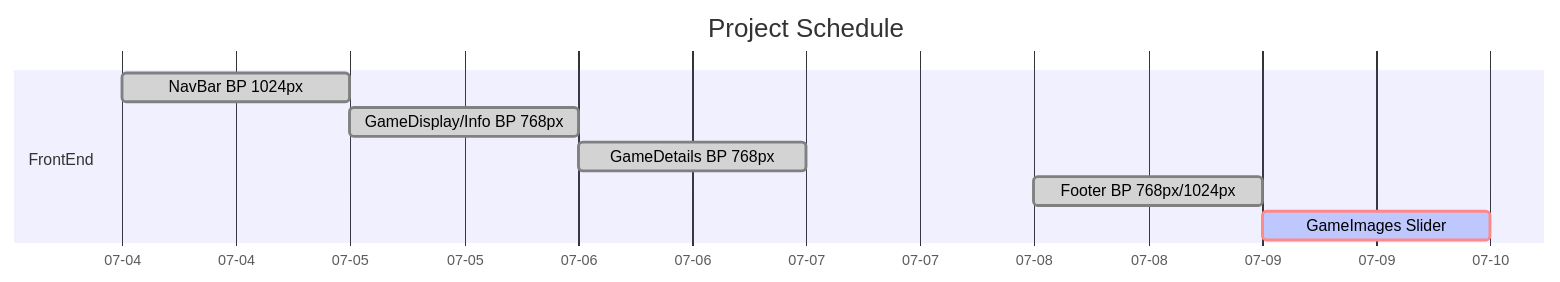
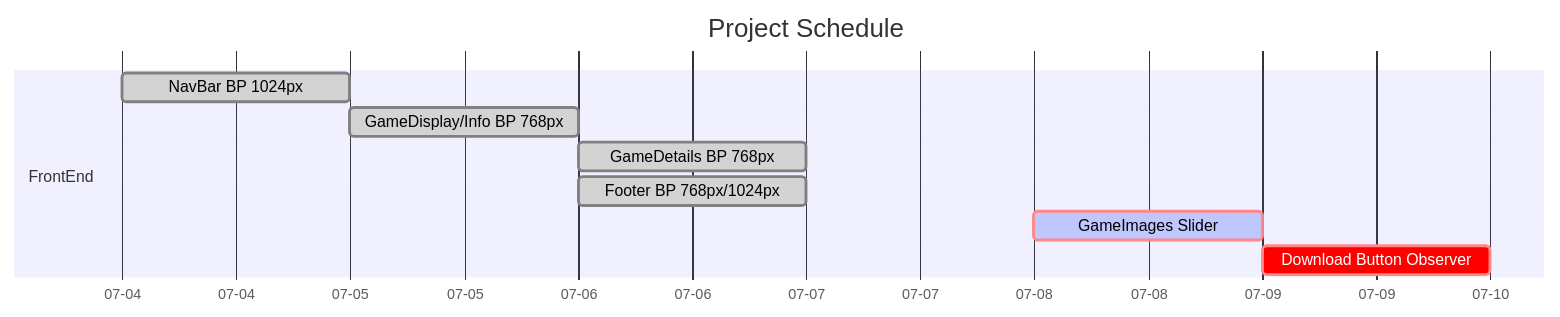
One commit to RafaelM011/Nintendo_Website changed the diagram in README.md. Above: the diagram before and after it, drawn with Mermaid. The commit also changed other lines of this file, not shown here.

Commit message:
readme update

````diff
--- a/README.md
+++ b/README.md
@@ -12,12 +12,13 @@
 ```mermaid
     gantt
         title Project Schedule
         dateFormat MM-DD
         axisFormat %m-%d
         section FrontEnd
             NavBar BP 1024px                :done, 07-04, 1d
             GameDisplay/Info BP 768px       :done, 07-05, 1d
             GameDetails BP 768px            :done, 07-06, 1d
-            Footer BP 768px/1024px          :done, 07-08, 1d
-            GameImages Slider               :crit,active, 07-09, 1d
+            Footer BP 768px/1024px          :done, 07-06, 1d
+            GameImages Slider               :crit,active, 07-08, 1d
+            Download Button Observer        :crit, 07-09,1d
 ```
````
